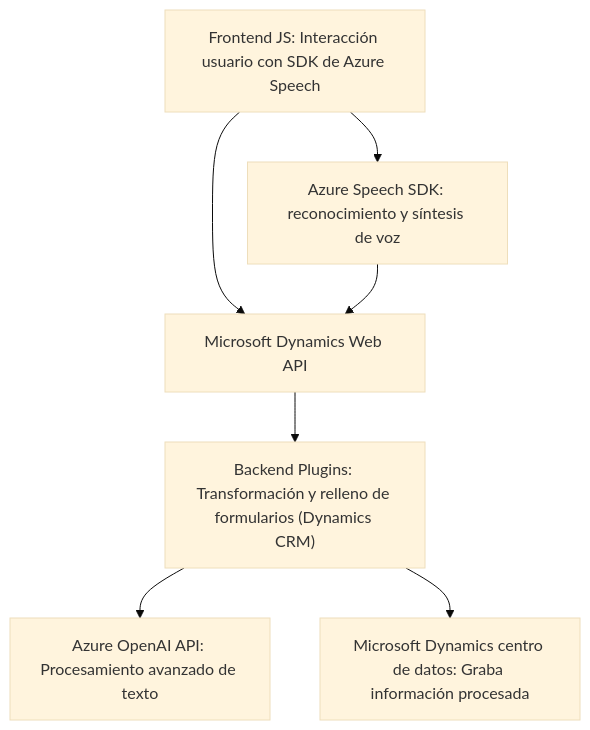
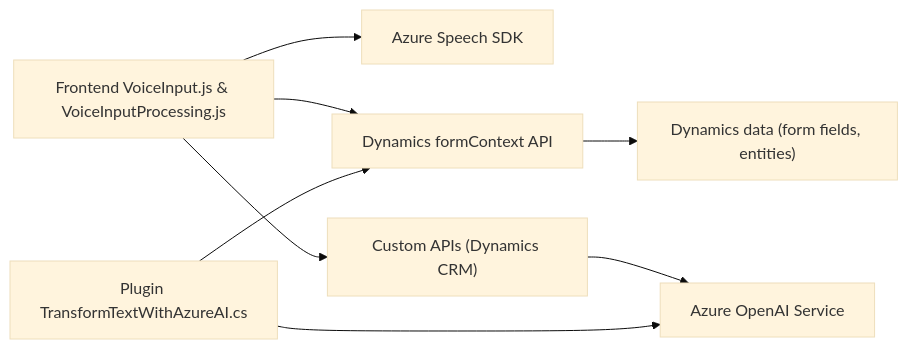
Before and after one commit to blopezdm/NETCORE_BILBAO2025: the diagram in README.md, drawn with Mermaid (base theme). The commit also changed other lines of this file, not shown here.

Commit message:
Actualizar análisis global de la solución con IA

````diff
--- a/README.md
+++ b/README.md
@@ -63,10 +35,10 @@
 ```mermaid
-graph TD
-    A["Frontend JS: Interacción usuario con SDK de Azure Speech"] --> B["Azure Speech SDK: reconocimiento y síntesis de voz"]
-    A --> C["Microsoft Dynamics Web API"]
-    B --> C
-
-    C --> D["Backend Plugins: Transformación y relleno de formularios (Dynamics CRM)"]
-    D --> E["Azure OpenAI API: Procesamiento avanzado de texto"]
-    D --> F["Microsoft Dynamics centro de datos: Graba información procesada"]
+graph LR
+    A["Frontend VoiceInput.js & VoiceInputProcessing.js"] --> B["Azure Speech SDK"]
+    A --> C["Dynamics formContext API"]
+    A --> D["Custom APIs (Dynamics CRM)"]
+    D --> E["Azure OpenAI Service"]
+    F["Plugin TransformTextWithAzureAI.cs"] --> E
+    F --> C
+    C --> G["Dynamics data (form fields, entities)"]
 ```
````
